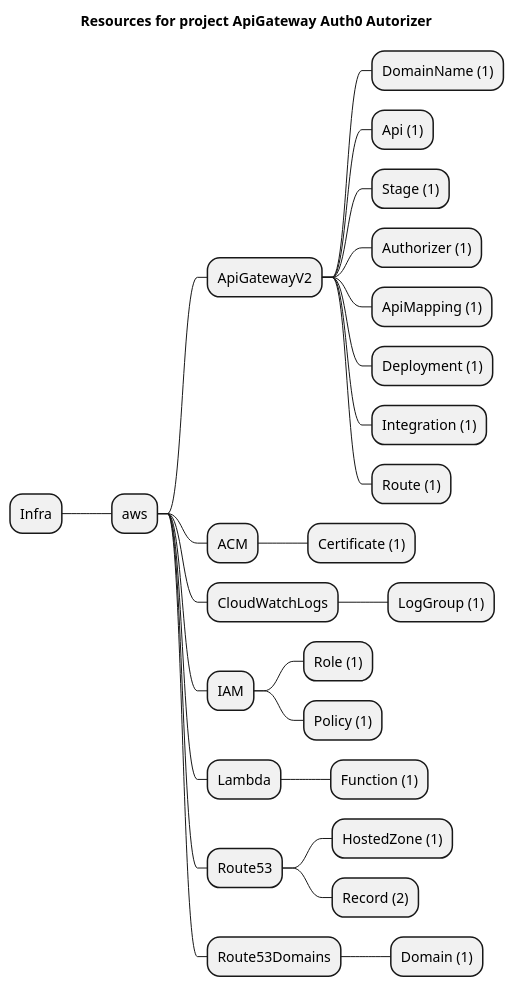
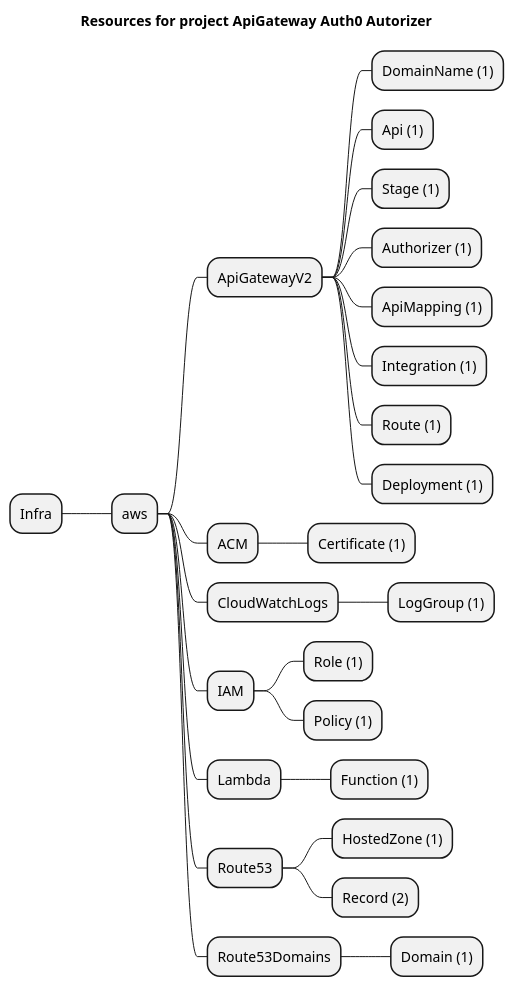
The diagram in examples/aws/ApiGatewayV2/auth0/artifacts/resources-mindmap.puml (grucloud/grucloud), drawn with PlantUML before and after one commit. The commit also changed other lines of this file and 969 other files, not shown here.

```diff
--- a/examples/aws/ApiGatewayV2/auth0/artifacts/resources-mindmap.puml
+++ b/examples/aws/ApiGatewayV2/auth0/artifacts/resources-mindmap.puml
@@ -1,29 +1,29 @@
 @startmindmap
 title Resources for project ApiGateway Auth0 Autorizer
 skinparam monochrome true
 + Infra
 ++ aws
 +++ ApiGatewayV2
 ++++ DomainName (1)
 ++++ Api (1)
 ++++ Stage (1)
 ++++ Authorizer (1)
 ++++ ApiMapping (1)
-++++ Deployment (1)
 ++++ Integration (1)
 ++++ Route (1)
+++++ Deployment (1)
 +++ ACM
 ++++ Certificate (1)
 +++ CloudWatchLogs
 ++++ LogGroup (1)
 +++ IAM
 ++++ Role (1)
 ++++ Policy (1)
 +++ Lambda
 ++++ Function (1)
 +++ Route53
 ++++ HostedZone (1)
 ++++ Record (2)
 +++ Route53Domains
 ++++ Domain (1)
 @endmindmap
```
